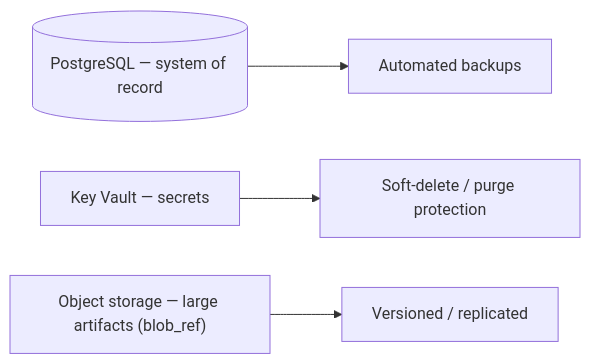
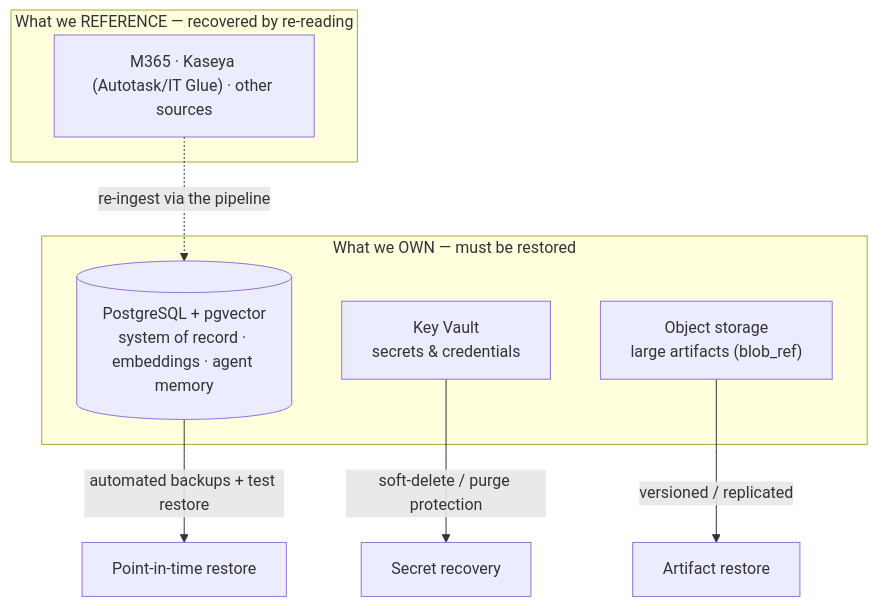
The diagram in docs/disaster-recovery/README.md (markdconnelly/ImperionCRM), drawn with Mermaid before and after one commit. The commit also changed other lines of this file and 11 other files, not shown here.

````diff
--- a/docs/disaster-recovery/README.md
+++ b/docs/disaster-recovery/README.md
@@ -10,6 +23,15 @@
 ```mermaid
-flowchart LR
-    PG[("PostgreSQL — system of record")] --> BKP["Automated backups"]
-    KV["Key Vault — secrets"] --> KVB["Soft-delete / purge protection"]
-    BLOB["Object storage — large artifacts (blob_ref)"] --> BBKP["Versioned / replicated"]
+flowchart TB
+    subgraph OWNED["What we OWN — must be restored"]
+      PG[("PostgreSQL + pgvector<br/>system of record · embeddings · agent memory")]
+      KV["Key Vault<br/>secrets & credentials"]
+      BLOB["Object storage<br/>large artifacts (blob_ref)"]
+    end
+    subgraph REFERENCED["What we REFERENCE — recovered by re-reading"]
+      EXT["M365 · Kaseya (Autotask/IT Glue) · other sources"]
+    end
+    PG -->|automated backups + test restore| RPG["Point-in-time restore"]
+    KV -->|soft-delete / purge protection| RKV["Secret recovery"]
+    BLOB -->|versioned / replicated| RBLOB["Artifact restore"]
+    EXT -.->|re-ingest via the pipeline| PG
 ```
````
